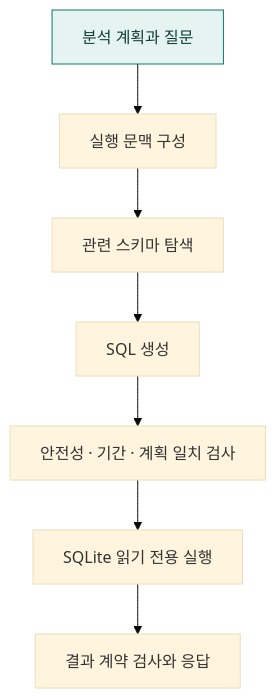
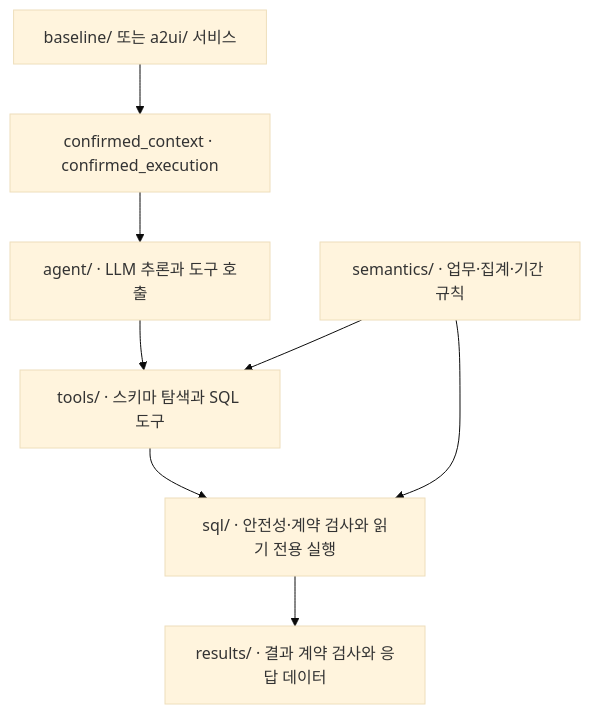
Before and after one commit to kim-chanhee/order-ui-agent: the diagram in app/execution/README.md, drawn with Mermaid (base theme). The commit also changed other lines of this file and 55 other files, not shown here.

First line of the commit message:
Organize execution modules by agent, tools, SQL, semantics and results

````diff
--- a/app/execution/README.md
+++ b/app/execution/README.md
@@ -7,11 +28,10 @@
 ```mermaid
 flowchart TD
-    A["분석 계획과 질문"] --> B["실행 문맥 구성"]
-    B --> C["관련 스키마 탐색"]
-    C --> D["SQL 생성"]
-    D --> E["안전성 · 기간 · 계획 일치 검사"]
-    E --> F["SQLite 읽기 전용 실행"]
-    F --> G["결과 계약 검사와 응답"]
-    classDef focus fill:#e6f4f1,stroke:#0f766e,color:#123c38
-    class A focus
+    A["baseline/ 또는 a2ui/ 서비스"] --> B["confirmed_context · confirmed_execution"]
+    B --> C["agent/ · LLM 추론과 도구 호출"]
+    C --> D["tools/ · 스키마 탐색과 SQL 도구"]
+    D --> E["sql/ · 안전성·계약 검사와 읽기 전용 실행"]
+    F["semantics/ · 업무·집계·기간 규칙"] --> D
+    F --> E
+    E --> G["results/ · 결과 계약 검사와 응답 데이터"]
 ```
````
